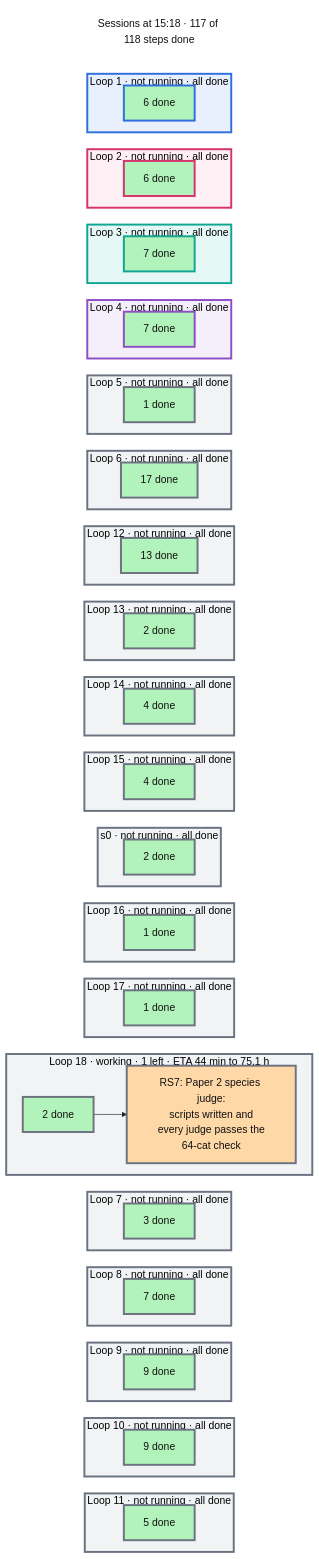
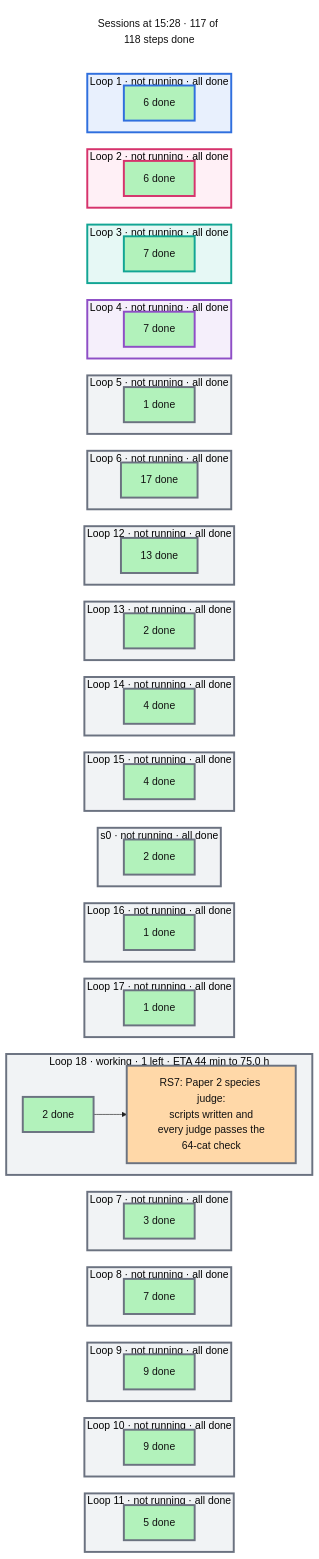
One commit to mo-rsa24/concept-composition changed the diagram in artifacts/notes/progress/sessions.mmd. Above: the diagram before and after it, drawn with Mermaid. The commit also changed 8 other files, not shown here.

```diff
--- a/artifacts/notes/progress/sessions.mmd
+++ b/artifacts/notes/progress/sessions.mmd
@@ -1,124 +1,124 @@
 %%{init: {'theme': 'base', 'themeVariables': {'fontFamily': 'monospace', 'primaryColor': '#ffffff', 'primaryBorderColor': '#222222', 'primaryTextColor': '#111111', 'lineColor': '#222222'}, 'flowchart': {'nodeSpacing': 16, 'rankSpacing': 26}}}%%
 flowchart TB
   classDef done fill:#b2f2bb,color:#111111
   classDef doing fill:#ffd8a8,color:#111111
   classDef todo fill:#e9ecef,color:#111111
   classDef note fill:#ffffff,stroke:#c92a2a,stroke-dasharray:5 5,color:#c92a2a
-  now["Sessions at 15:18 · 117 of 118 steps done"]
+  now["Sessions at 15:28 · 117 of 118 steps done"]
   style now fill:#ffffff,stroke:#ffffff,color:#111111
   subgraph L0["Loop 1 · not running · all done"]
     direction LR
     d0["6 done"]:::done
   end
   subgraph L1["Loop 2 · not running · all done"]
     direction LR
     d1["6 done"]:::done
   end
   subgraph L2["Loop 3 · not running · all done"]
     direction LR
     d2["7 done"]:::done
   end
   subgraph L3["Loop 4 · not running · all done"]
     direction LR
     d3["7 done"]:::done
   end
   subgraph L4["Loop 5 · not running · all done"]
     direction LR
     d4["1 done"]:::done
   end
   subgraph L5["Loop 6 · not running · all done"]
     direction LR
     d5["17 done"]:::done
   end
   subgraph L6["Loop 12 · not running · all done"]
     direction LR
     d6["13 done"]:::done
   end
   subgraph L7["Loop 13 · not running · all done"]
     direction LR
     d7["2 done"]:::done
   end
   subgraph L8["Loop 14 · not running · all done"]
     direction LR
     d8["4 done"]:::done
   end
   subgraph L9["Loop 15 · not running · all done"]
     direction LR
     d9["4 done"]:::done
   end
   subgraph L10["s0 · not running · all done"]
     direction LR
     d10["2 done"]:::done
   end
   subgraph L11["Loop 16 · not running · all done"]
     direction LR
     d11["1 done"]:::done
   end
   subgraph L12["Loop 17 · not running · all done"]
     direction LR
     d12["1 done"]:::done
   end
-  subgraph L13["Loop 18 · working · 1 left · ETA 44 min to 75.1 h"]
+  subgraph L13["Loop 18 · working · 1 left · ETA 44 min to 75.0 h"]
     direction LR
     d13["2 done"]:::done --> n_RS7["RS7: Paper 2 species judge:<br/>scripts written and<br/>every judge passes the<br/>64-cat check"]:::doing
   end
   subgraph L14["Loop 7 · not running · all done"]
     direction LR
     d14["3 done"]:::done
   end
   subgraph L15["Loop 8 · not running · all done"]
     direction LR
     d15["7 done"]:::done
   end
   subgraph L16["Loop 9 · not running · all done"]
     direction LR
     d16["9 done"]:::done
   end
   subgraph L17["Loop 10 · not running · all done"]
     direction LR
     d17["9 done"]:::done
   end
   subgraph L18["Loop 11 · not running · all done"]
     direction LR
     d18["5 done"]:::done
   end
   now ~~~ L0 ~~~ L1 ~~~ L2 ~~~ L3 ~~~ L4 ~~~ L5 ~~~ L6 ~~~ L7 ~~~ L8 ~~~ L9 ~~~ L10 ~~~ L11 ~~~ L12 ~~~ L13 ~~~ L14 ~~~ L15 ~~~ L16 ~~~ L17 ~~~ L18
   style L0 fill:#e8f0fd,stroke:#2f6fde,stroke-width:3px
   style d0 stroke:#2f6fde,stroke-width:3px
   style L1 fill:#fff0f6,stroke:#d6336c,stroke-width:3px
   style d1 stroke:#d6336c,stroke-width:3px
   style L2 fill:#e6f8f5,stroke:#12a594,stroke-width:3px
   style d2 stroke:#12a594,stroke-width:3px
   style L3 fill:#f5effb,stroke:#8e4ec6,stroke-width:3px
   style d3 stroke:#8e4ec6,stroke-width:3px
   style L4 fill:#f1f3f5,stroke:#6b7280,stroke-width:3px
   style d4 stroke:#6b7280,stroke-width:3px
   style L5 fill:#f1f3f5,stroke:#6b7280,stroke-width:3px
   style d5 stroke:#6b7280,stroke-width:3px
   style L6 fill:#f1f3f5,stroke:#6b7280,stroke-width:3px
   style d6 stroke:#6b7280,stroke-width:3px
   style L7 fill:#f1f3f5,stroke:#6b7280,stroke-width:3px
   style d7 stroke:#6b7280,stroke-width:3px
   style L8 fill:#f1f3f5,stroke:#6b7280,stroke-width:3px
   style d8 stroke:#6b7280,stroke-width:3px
   style L9 fill:#f1f3f5,stroke:#6b7280,stroke-width:3px
   style d9 stroke:#6b7280,stroke-width:3px
   style L10 fill:#f1f3f5,stroke:#6b7280,stroke-width:3px
   style d10 stroke:#6b7280,stroke-width:3px
   style L11 fill:#f1f3f5,stroke:#6b7280,stroke-width:3px
   style d11 stroke:#6b7280,stroke-width:3px
   style L12 fill:#f1f3f5,stroke:#6b7280,stroke-width:3px
   style d12 stroke:#6b7280,stroke-width:3px
   style L13 fill:#f1f3f5,stroke:#6b7280,stroke-width:3px
   style d13 stroke:#6b7280,stroke-width:3px
   style n_RS7 stroke:#6b7280,stroke-width:3px
   style L14 fill:#f1f3f5,stroke:#6b7280,stroke-width:3px
   style d14 stroke:#6b7280,stroke-width:3px
   style L15 fill:#f1f3f5,stroke:#6b7280,stroke-width:3px
   style d15 stroke:#6b7280,stroke-width:3px
   style L16 fill:#f1f3f5,stroke:#6b7280,stroke-width:3px
   style d16 stroke:#6b7280,stroke-width:3px
   style L17 fill:#f1f3f5,stroke:#6b7280,stroke-width:3px
   style d17 stroke:#6b7280,stroke-width:3px
   style L18 fill:#f1f3f5,stroke:#6b7280,stroke-width:3px
   style d18 stroke:#6b7280,stroke-width:3px
```
